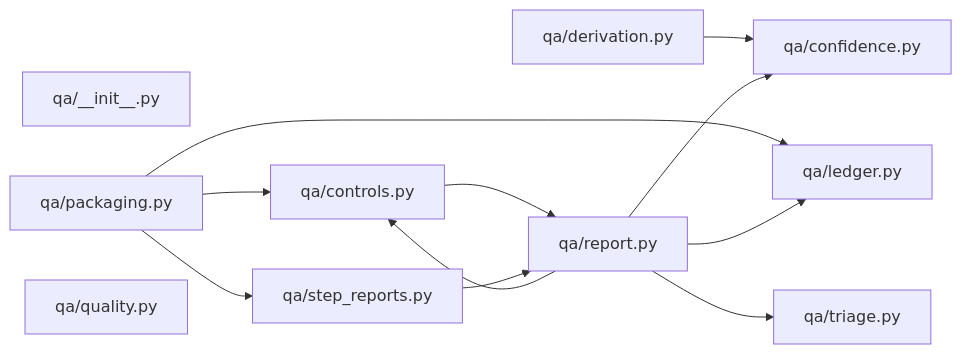
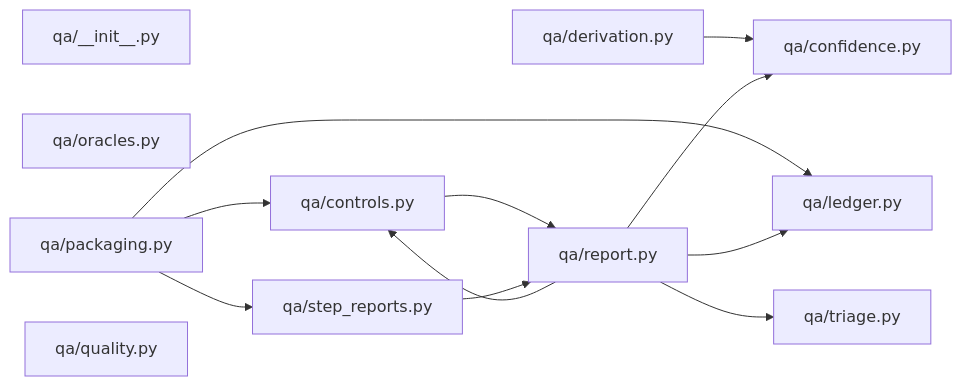
Diagram 14 of 21 in docs/ARCHITECTURE_MAP.md (sarveshtalele/maf-harness-testing), drawn with Mermaid before and after one commit. The commit also changed other lines of this file and 26 other files, not shown here.

````diff
--- a/docs/ARCHITECTURE_MAP.md
+++ b/docs/ARCHITECTURE_MAP.md
@@ -419,23 +420,24 @@
 ```mermaid
 flowchart LR
   f0["qa/__init__.py"]
   f1["qa/confidence.py"]
   f2["qa/controls.py"]
   f3["qa/derivation.py"]
   f4["qa/ledger.py"]
-  f5["qa/packaging.py"]
-  f6["qa/quality.py"]
-  f7["qa/report.py"]
-  f8["qa/step_reports.py"]
-  f9["qa/triage.py"]
-  f2 --> f7
+  f5["qa/oracles.py"]
+  f6["qa/packaging.py"]
+  f7["qa/quality.py"]
+  f8["qa/report.py"]
+  f9["qa/step_reports.py"]
+  f10["qa/triage.py"]
+  f2 --> f8
   f3 --> f1
-  f5 --> f2
-  f5 --> f4
-  f5 --> f8
-  f7 --> f1
-  f7 --> f2
-  f7 --> f4
-  f7 --> f9
-  f8 --> f7
+  f6 --> f2
+  f6 --> f4
+  f6 --> f9
+  f8 --> f1
+  f8 --> f2
+  f8 --> f4
+  f8 --> f10
+  f9 --> f8
 ```
````
